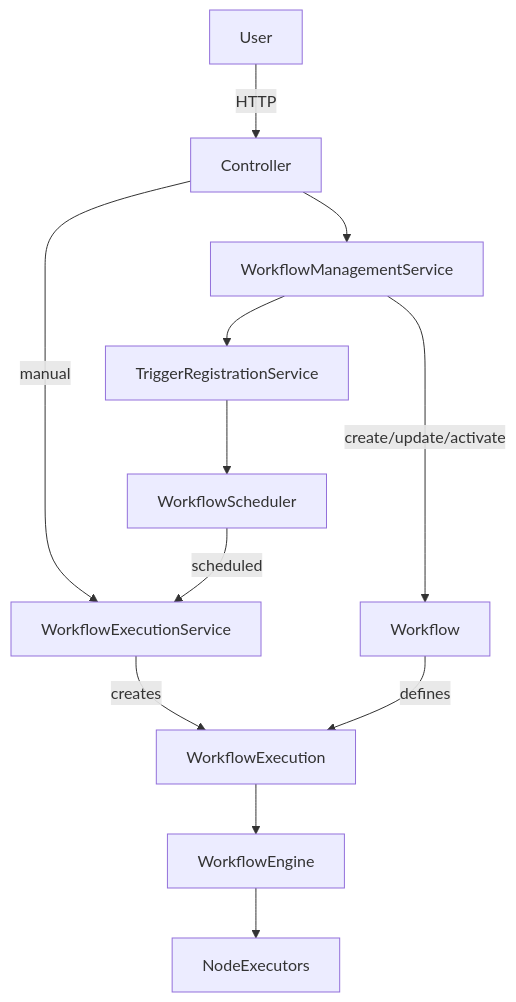
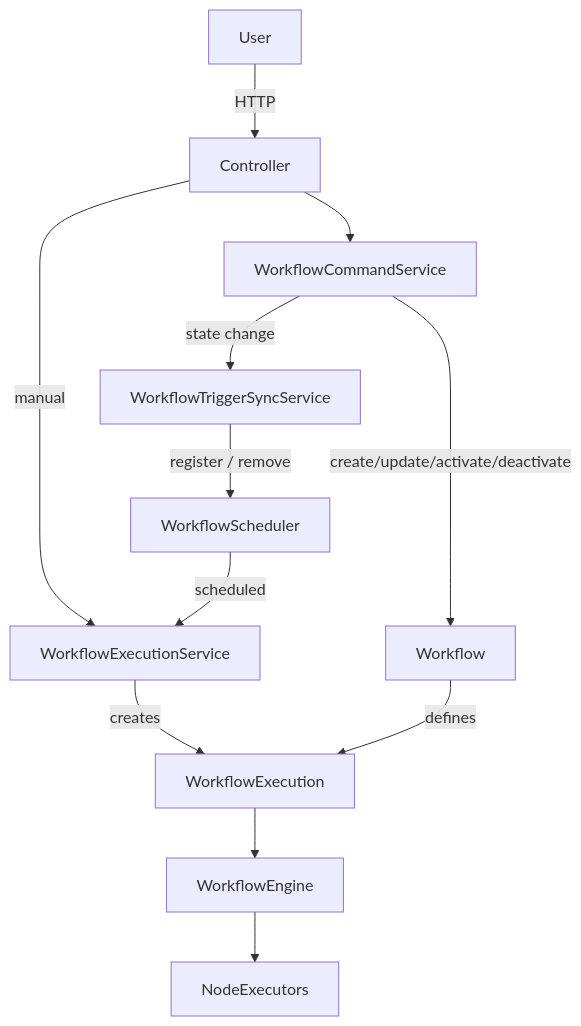
One commit to mobml/autofluo changed the diagram in README.md. Above: the diagram before and after it, drawn with Mermaid. The commit also changed other lines of this file, not shown here.

````diff
--- a/README.md
+++ b/README.md
@@ -44,20 +46,21 @@
 ```mermaid
-    flowchart TD
+flowchart TD
     User -->|HTTP| Controller
 
-    Controller --> WorkflowManagementService
-    Controller --> |manual| WorkflowExecutionService
+    Controller --> WorkflowCommandService
+    Controller -->|manual| WorkflowExecutionService
 
-    WorkflowManagementService -->|create/update/activate| Workflow
-    WorkflowManagementService --> TriggerRegistrationService
+    WorkflowCommandService -->|create/update/activate/deactivate| Workflow
 
-    TriggerRegistrationService --> WorkflowScheduler
+    WorkflowCommandService -->|state change| WorkflowTriggerSyncService
 
-    WorkflowExecutionService --> |creates| WorkflowExecution
+    WorkflowTriggerSyncService -->|register / remove| WorkflowScheduler
+
+    WorkflowExecutionService -->|creates| WorkflowExecution
     WorkflowScheduler -->|scheduled| WorkflowExecutionService
 
     WorkflowExecution --> WorkflowEngine
     WorkflowEngine --> NodeExecutors
 
     Workflow -->|defines| WorkflowExecution
 ```
````
